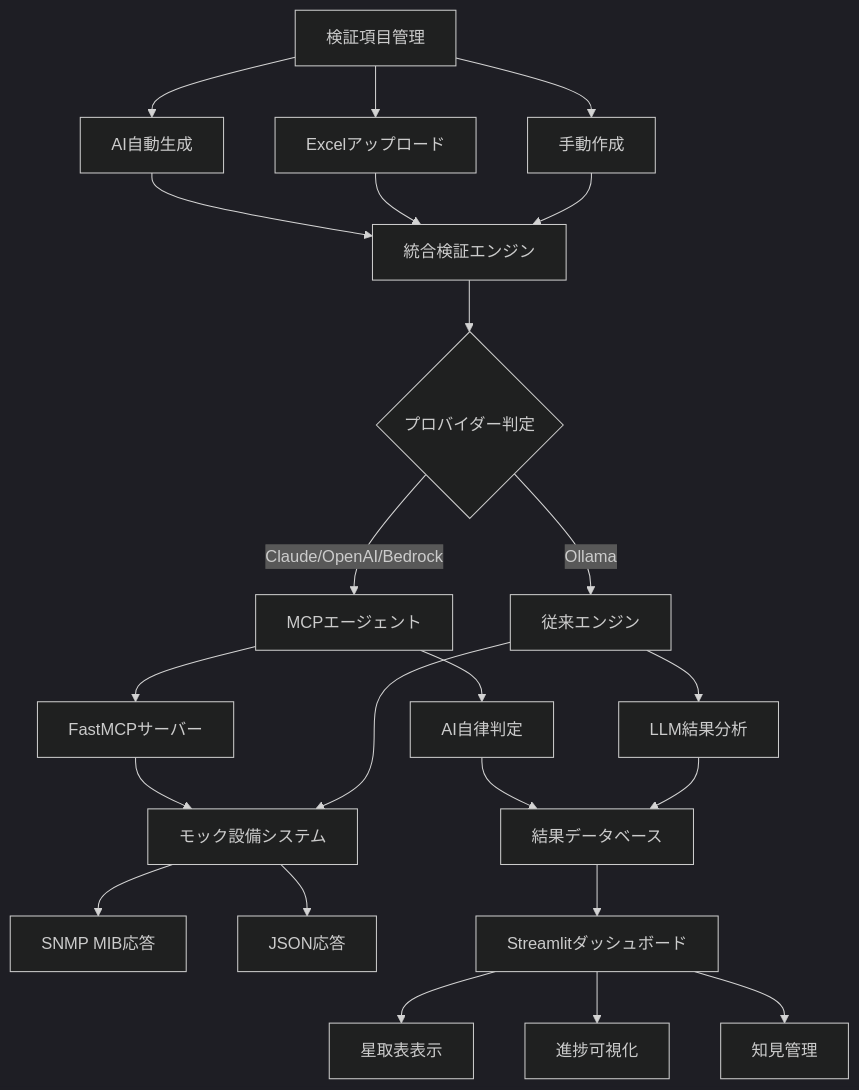
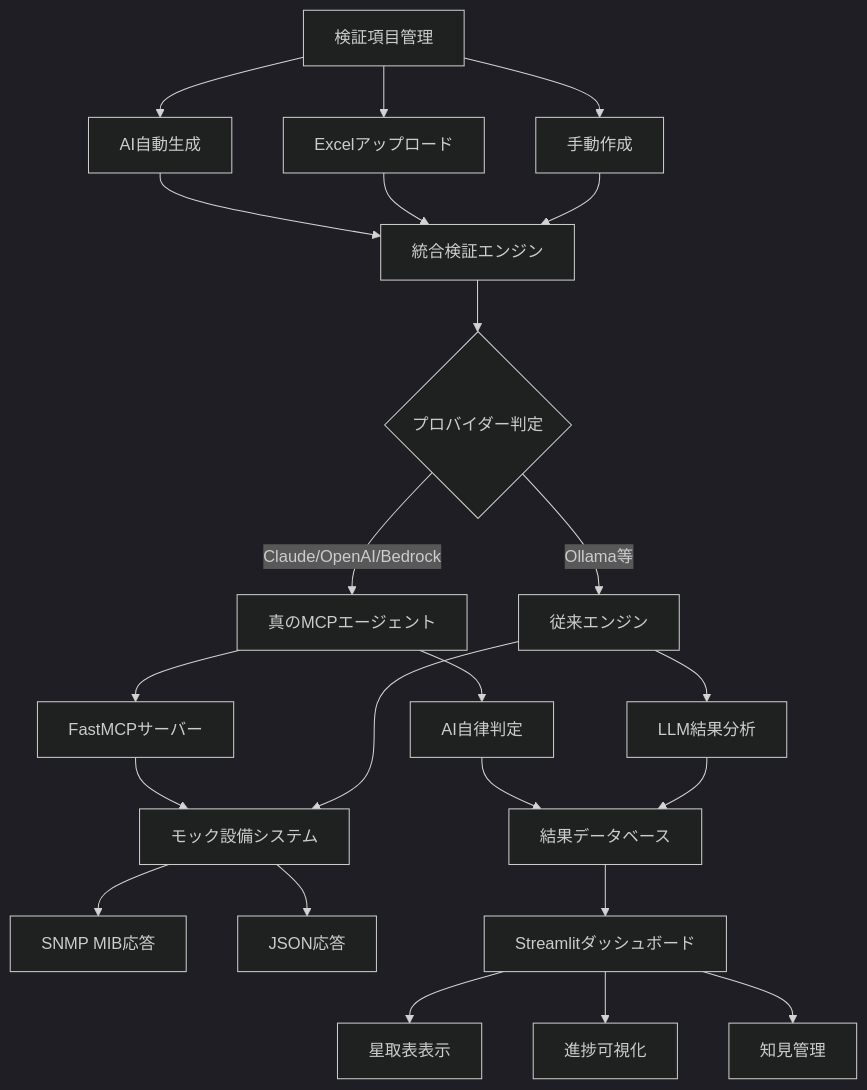
The diagram in README.md (shhayash-work/lab-auto-app), drawn with Mermaid (dark theme) before and after one commit. The commit also changed other lines of this file and 25 other files, not shown here.

````diff
--- a/README.md
+++ b/README.md
@@ -24,32 +57,32 @@
 ```mermaid
 graph TD
     A[検証項目管理] --> B[AI自動生成]
     A --> C[Excelアップロード]
     A --> D[手動作成]
     
     B --> E[統合検証エンジン]
     C --> E
     D --> E
     
     E --> F{プロバイダー判定}
-    F -->|Claude/OpenAI/Bedrock| G[MCPエージェント]
-    F -->|Ollama| H[従来エンジン]
+    F -->|Claude/OpenAI/Bedrock| G[真のMCPエージェント]
+    F -->|Ollama等| H[従来エンジン]
     
     G --> I[FastMCPサーバー]
     I --> J[モック設備システム]
     H --> J
     
     J --> K[SNMP MIB応答]
     J --> L[JSON応答]
     
     G --> M[AI自律判定]
     H --> N[LLM結果分析]
     
     M --> O[結果データベース]
     N --> O
     
     O --> P[Streamlitダッシュボード]
     P --> Q[星取表表示]
     P --> R[進捗可視化]
     P --> S[知見管理]
 ```
````
